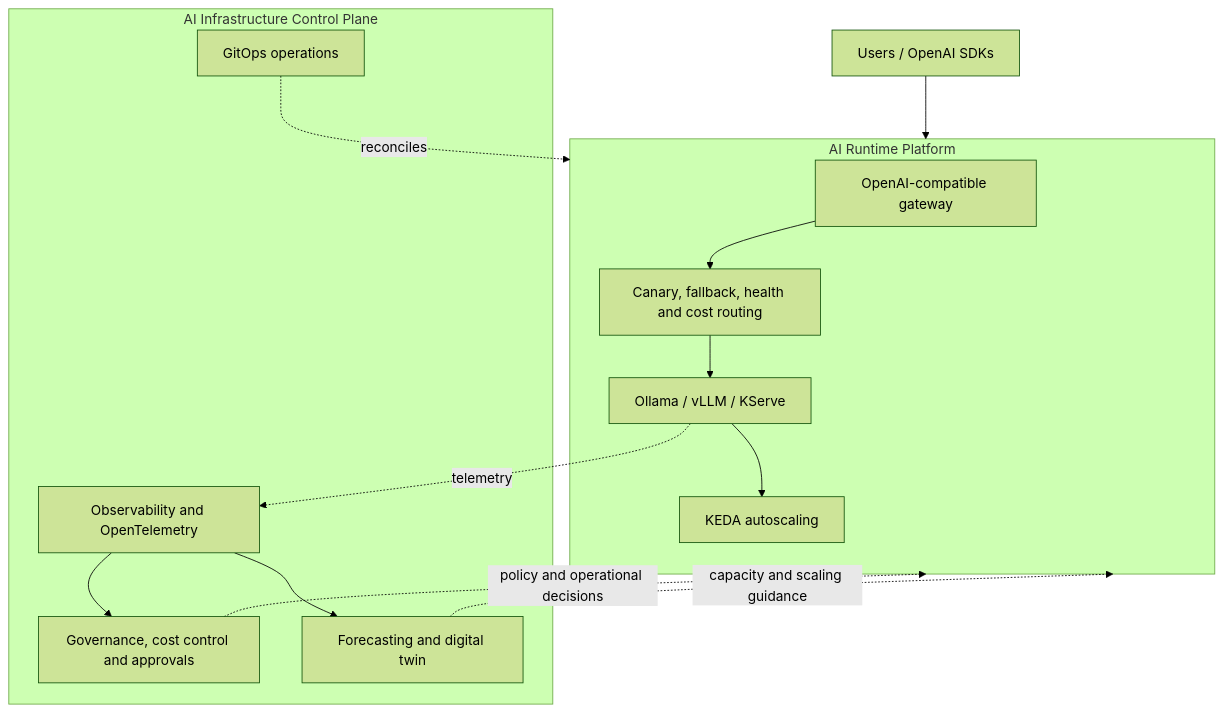
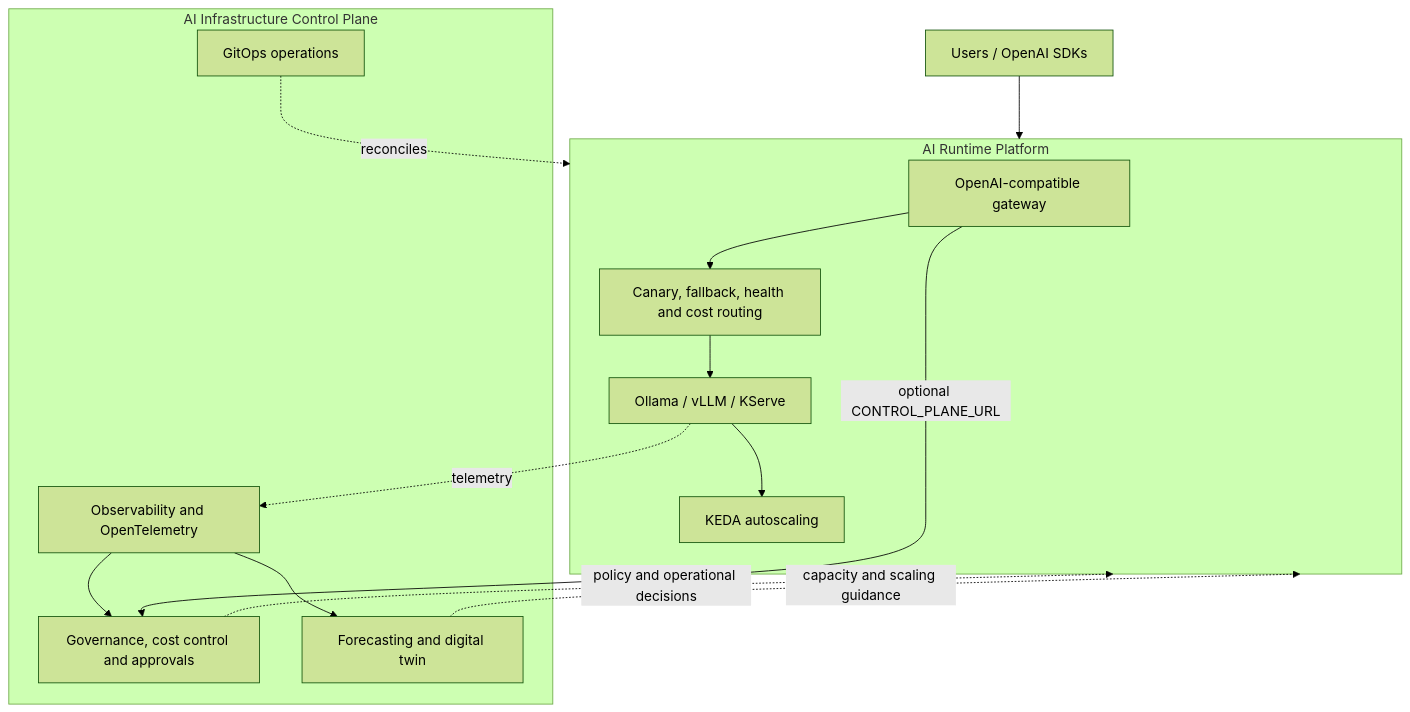
The diagram in docs/portfolio-overview.md (justrunme/ai-infra-control-plane), drawn with Mermaid (forest theme) before and after one commit. The commit also changed other lines of this file and 1 other file, not shown here.

````diff
--- a/docs/portfolio-overview.md
+++ b/docs/portfolio-overview.md
@@ -36,27 +36,28 @@
 ```mermaid
 flowchart TB
   Users["Users / OpenAI SDKs"] --> Runtime
 
   subgraph Runtime["AI Runtime Platform"]
     Gateway["OpenAI-compatible gateway"]
     Routing["Canary, fallback, health and cost routing"]
     Serving["Ollama / vLLM / KServe"]
     Scaling["KEDA autoscaling"]
     Gateway --> Routing --> Serving
     Serving --> Scaling
   end
 
   subgraph Control["AI Infrastructure Control Plane"]
     Observability["Observability and OpenTelemetry"]
     Governance["Governance, cost control and approvals"]
     Forecasting["Forecasting and digital twin"]
     GitOps["GitOps operations"]
   end
 
   Serving -. telemetry .-> Observability
   Observability --> Governance
   Observability --> Forecasting
   Governance -. policy and operational decisions .-> Runtime
+  Gateway -->|optional CONTROL_PLANE_URL| Governance
   Forecasting -. capacity and scaling guidance .-> Runtime
   GitOps -. reconciles .-> Runtime
 ```
````
